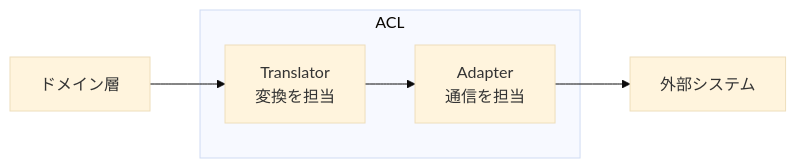
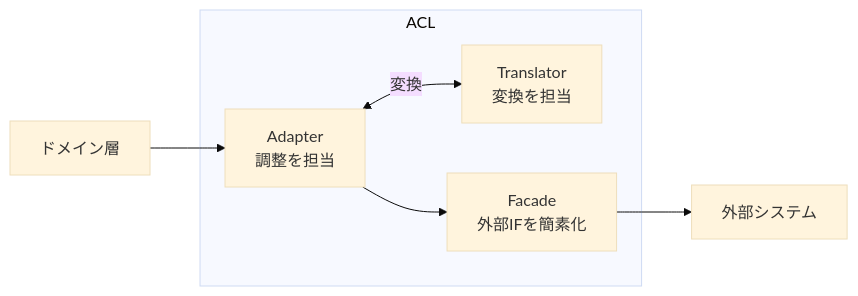
The diagram in articles/f757ebaf058ccd.md (135yshr/documents), drawn with Mermaid (base theme) before and after one commit. The commit also changed other lines of this file, not shown here.

First line of the commit message:
📝 refactor: restructure ACL with Facade per Evans' original design

````diff
--- a/articles/f757ebaf058ccd.md
+++ b/articles/f757ebaf058ccd.md
@@ -43,8 +49,9 @@
 ```mermaid
 graph LR
-    A[ドメイン層] --> B2
+    A[ドメイン層] --> B1
     subgraph ACL
-        B2[Translator<br/>変換を担当] --> B1[Adapter<br/>通信を担当]
+        B1[Adapter<br/>調整を担当] <-->|変換| B2[Translator<br/>変換を担当]
+        B1 --> B3[Facade<br/>外部IFを簡素化]
     end
-    B1 --> C[外部システム]
+    B3 --> C[外部システム]
 ```
````
